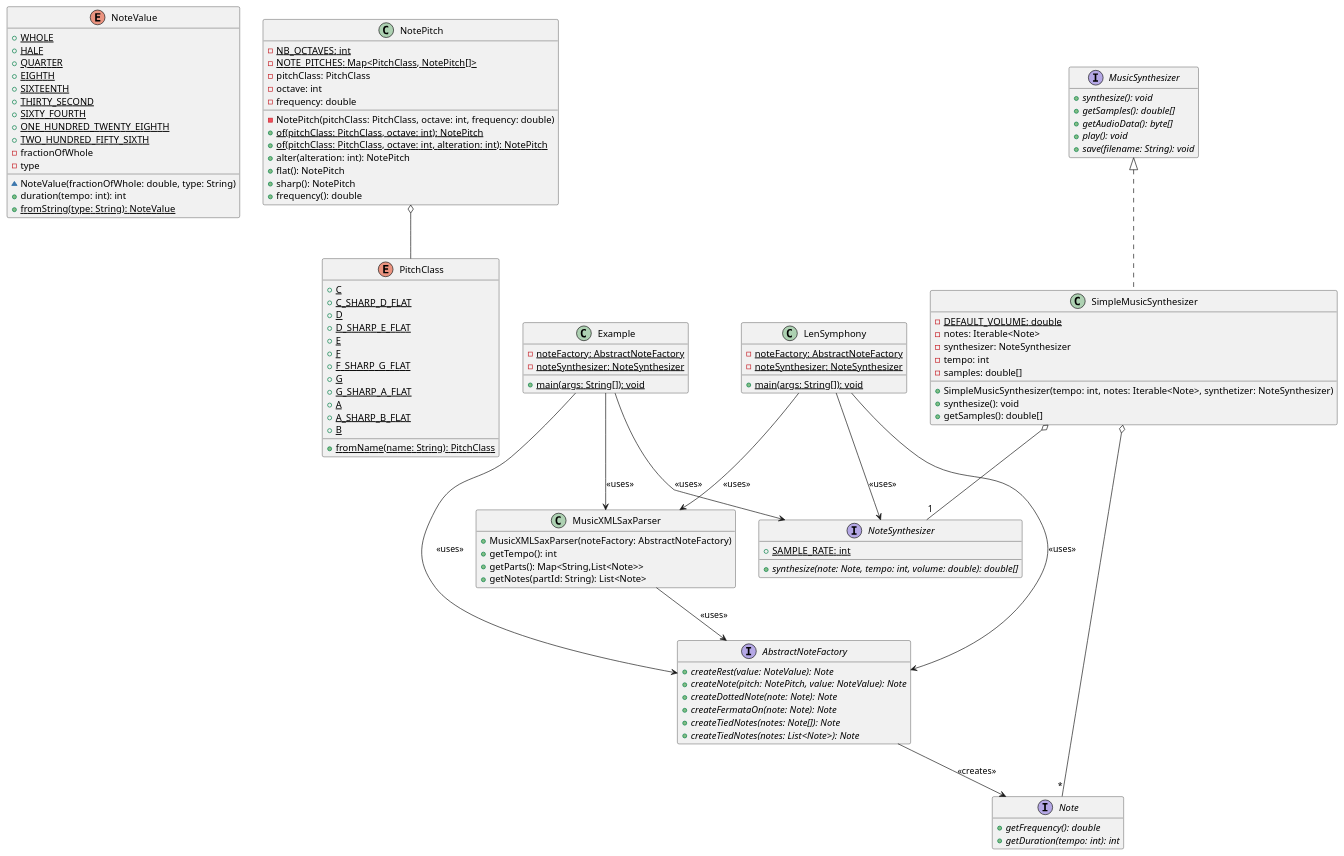
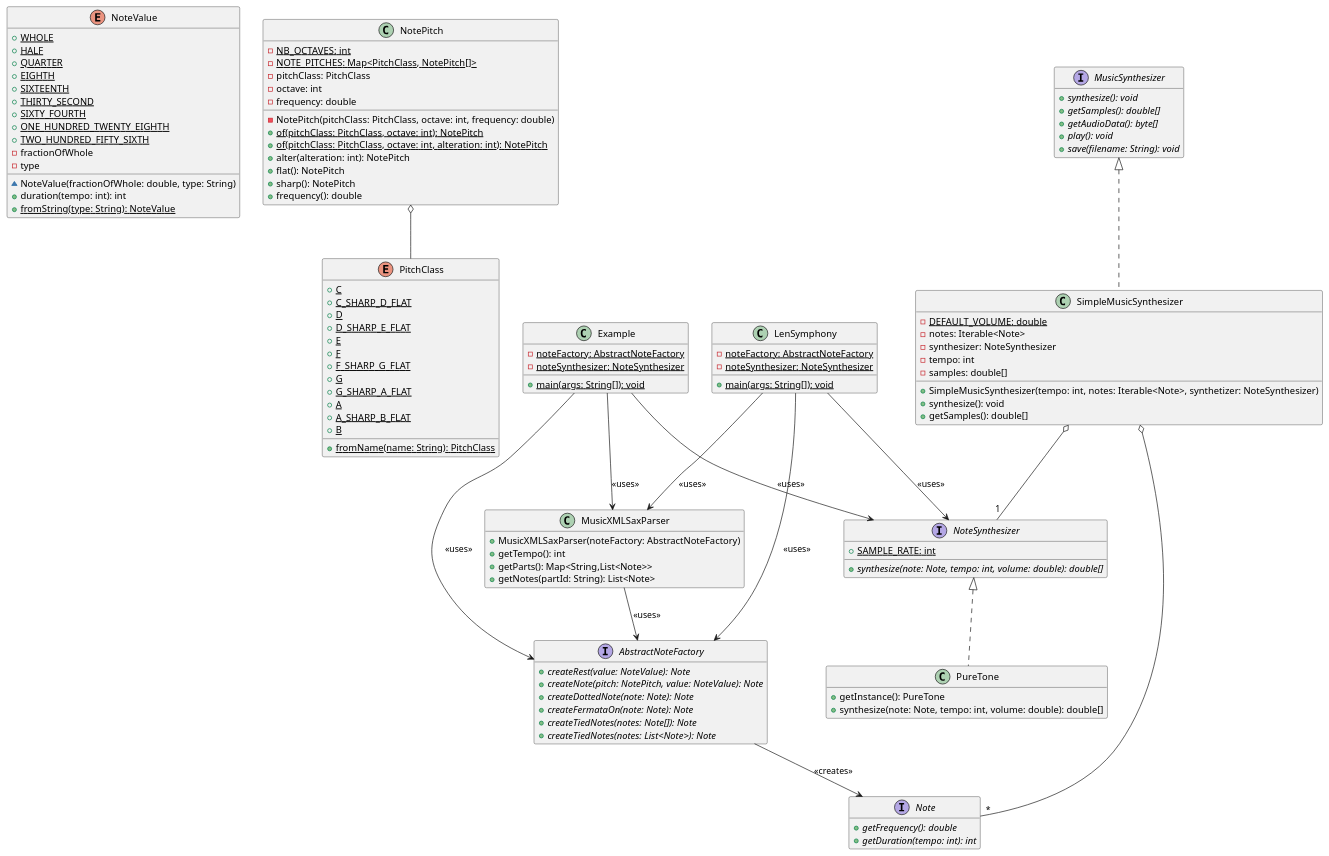
The diagram in diagramme-classe.puml (Flamaiche/lensymphony), drawn with PlantUML before and after one commit.

Commit message:
maj du diagramme

```diff
--- a/diagramme-classe.puml
+++ b/diagramme-classe.puml
@@ -1,145 +1,150 @@
 @startuml
 'https://plantuml.com/sequence-diagram
 hide empty members
 
 ' -------------------- '
 ' Note representations '
 ' -------------------- '
 
 enum NoteValue {
     + {static} WHOLE
     + {static} HALF
     + {static} QUARTER
     + {static} EIGHTH
     + {static} SIXTEENTH
     + {static} THIRTY_SECOND
     + {static} SIXTY_FOURTH
     + {static} ONE_HUNDRED_TWENTY_EIGHTH
     + {static} TWO_HUNDRED_FIFTY_SIXTH
     - fractionOfWhole
     - type
 
     ~ NoteValue(fractionOfWhole: double, type: String)
     + duration(tempo: int): int
     + {static} fromString(type: String): NoteValue
 }
 
 enum PitchClass {
     + {static} C
     + {static} C_SHARP_D_FLAT
     + {static} D
     + {static} D_SHARP_E_FLAT
     + {static} E
     + {static} F
     + {static} F_SHARP_G_FLAT
     + {static} G
     + {static} G_SHARP_A_FLAT
     + {static} A
     + {static} A_SHARP_B_FLAT
     + {static} B
 
     + {static} fromName(name: String): PitchClass
 }
 
 class NotePitch {
     - {static} NB_OCTAVES: int
     - {static} NOTE_PITCHES: Map<PitchClass, NotePitch[]>
     - pitchClass: PitchClass
     - octave: int
     - frequency: double
 
     - NotePitch(pitchClass: PitchClass, octave: int, frequency: double)
     + {static} of(pitchClass: PitchClass, octave: int): NotePitch
     + {static} of(pitchClass: PitchClass, octave: int, alteration: int): NotePitch
     + alter(alteration: int): NotePitch
     + flat(): NotePitch
     + sharp(): NotePitch
     + frequency(): double
 }
 
 interface Note {
     + {abstract} getFrequency(): double
     + {abstract} getDuration(tempo: int): int
 }
 
 interface AbstractNoteFactory {
     + {abstract} createRest(value: NoteValue): Note
     + {abstract} createNote(pitch: NotePitch, value: NoteValue): Note
     + {abstract} createDottedNote(note: Note): Note
     + {abstract} createFermataOn(note: Note): Note
     + {abstract} createTiedNotes(notes: Note[]): Note
     + {abstract} createTiedNotes(notes: List<Note>): Note
 }
 
 NotePitch o-- PitchClass
 AbstractNoteFactory --> Note : << creates >>
 
 ' ------- '
 ' Parsing '
 ' ------- '
 
 class MusicXMLSaxParser {
     + MusicXMLSaxParser(noteFactory: AbstractNoteFactory)
     + getTempo(): int
     + getParts(): Map<String,List<Note>>
     + getNotes(partId: String): List<Note>
 }
 
 MusicXMLSaxParser --> AbstractNoteFactory : << uses >>
 
 ' --------------- '
 ' Sound synthesis '
 ' --------------- '
 
 interface NoteSynthesizer {
     + {static} SAMPLE_RATE: int
     + {abstract} synthesize(note: Note, tempo: int, volume: double): double[]
 }
 
+class PureTone implements NoteSynthesizer {
+    + getInstance(): PureTone
+    + synthesize(note: Note, tempo: int, volume: double): double[]
+}
+
 interface MusicSynthesizer {
     + {abstract} synthesize(): void
     + {abstract} getSamples(): double[]
     + {abstract} getAudioData(): byte[]
     + {abstract} play(): void
     + {abstract} save(filename: String): void
 }
 
 class SimpleMusicSynthesizer implements MusicSynthesizer {
     - {static} DEFAULT_VOLUME: double
     - notes: Iterable<Note>
     - synthesizer: NoteSynthesizer
     - tempo: int
     - samples: double[]
 
     + SimpleMusicSynthesizer(tempo: int, notes: Iterable<Note>, synthetizer: NoteSynthesizer)
     + synthesize(): void
     + getSamples(): double[]
 }
 
 SimpleMusicSynthesizer o-- "*" Note
 SimpleMusicSynthesizer o-- "1" NoteSynthesizer
 
 ' ------------ '
 ' Main classes '
 ' ------------ '
 
 class Example {
     - {static} noteFactory: AbstractNoteFactory
     - {static} noteSynthesizer: NoteSynthesizer
     + {static} main(args: String[]): void
 }
 
 class LenSymphony {
     - {static} noteFactory: AbstractNoteFactory
     - {static} noteSynthesizer: NoteSynthesizer
     + {static} main(args: String[]): void
 }
 
 Example --> AbstractNoteFactory : << uses >>
 Example --> MusicXMLSaxParser : << uses >>
 Example --> NoteSynthesizer : << uses >>
 LenSymphony --> AbstractNoteFactory : << uses >>
 LenSymphony --> MusicXMLSaxParser : << uses >>
 LenSymphony --> NoteSynthesizer : << uses >>
 
 @enduml
```
